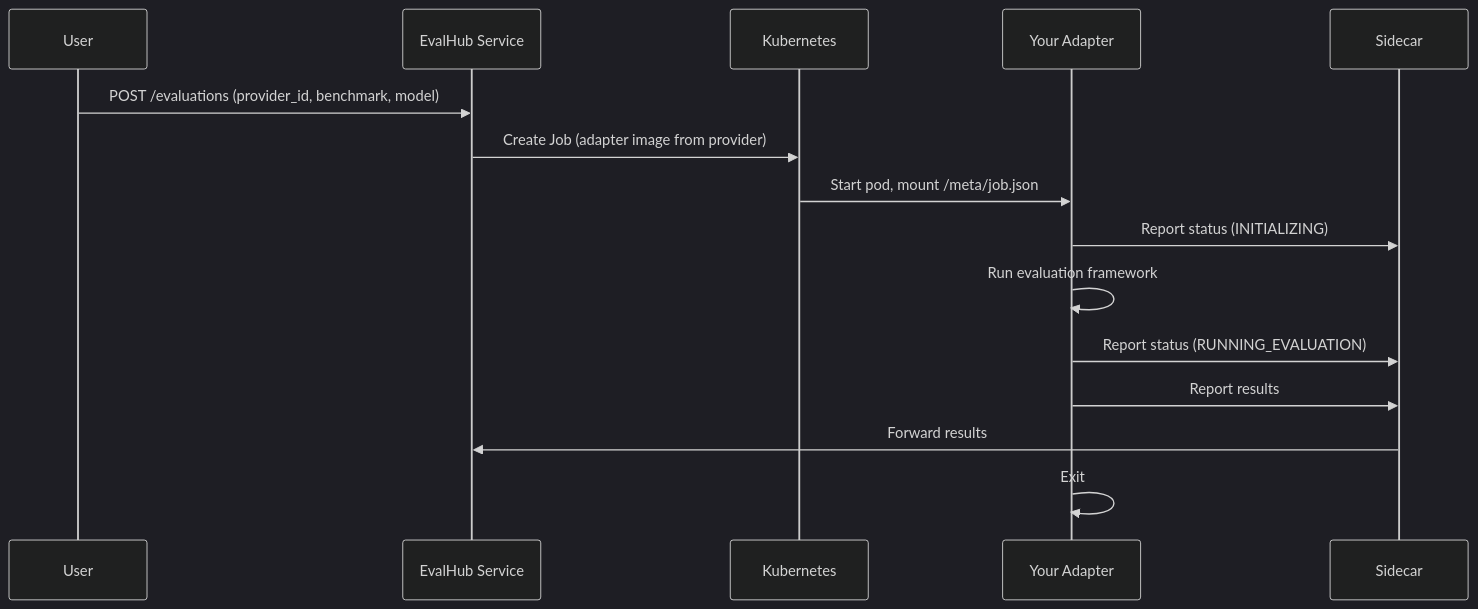
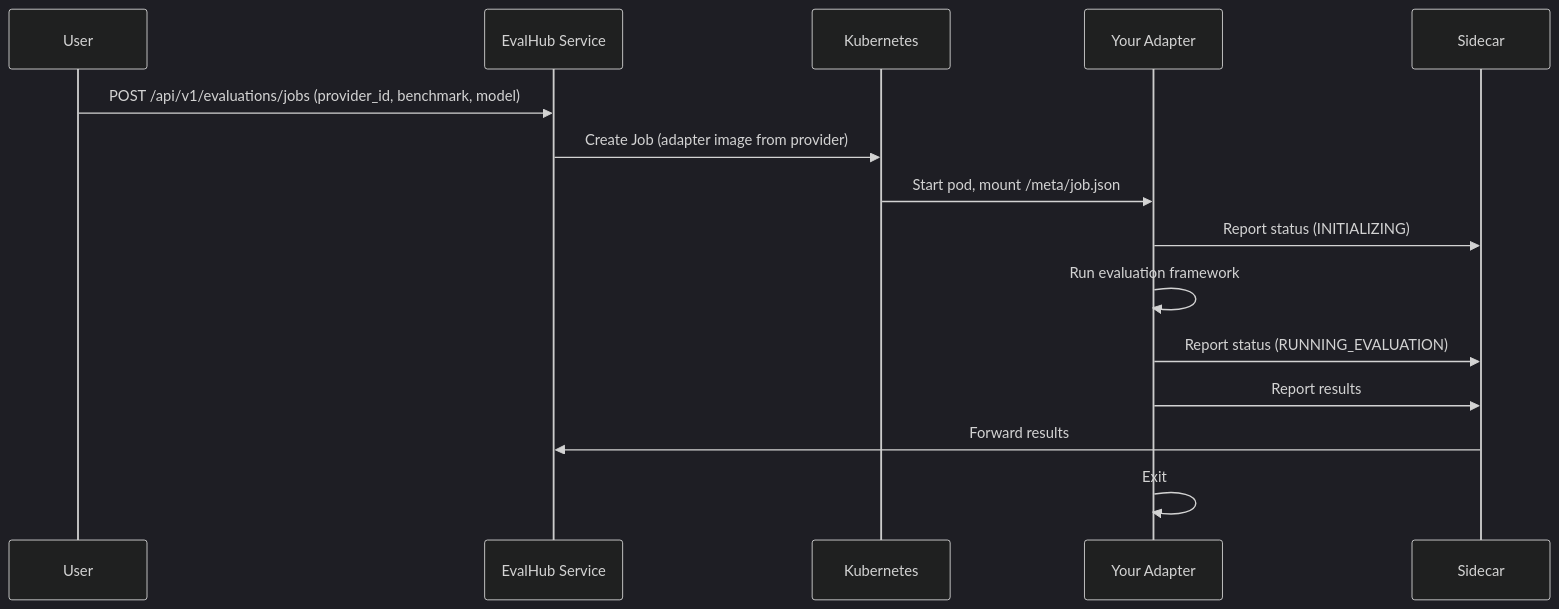
One commit to eval-hub/eval-hub.github.io changed the second of 2 diagrams in src/content/docs/guides/bring-your-own-provider.mdx. Above: the diagram before and after it, drawn with Mermaid (dark theme). The commit also changed other lines of this file, not shown here.

````diff
--- a/src/content/docs/guides/bring-your-own-provider.mdx
+++ b/src/content/docs/guides/bring-your-own-provider.mdx
@@ -42,18 +43,18 @@
 ```mermaid
 sequenceDiagram
     participant User
     participant EvalHub as EvalHub Service
     participant K8s as Kubernetes
     participant Adapter as Your Adapter
     participant Sidecar as Sidecar
 
-    User->>EvalHub: POST /evaluations (provider_id, benchmark, model)
+    User->>EvalHub: POST /api/v1/evaluations/jobs (provider_id, benchmark, model)
     EvalHub->>K8s: Create Job (adapter image from provider)
     K8s->>Adapter: Start pod, mount /meta/job.json
     Adapter->>Sidecar: Report status (INITIALIZING)
     Adapter->>Adapter: Run evaluation framework
     Adapter->>Sidecar: Report status (RUNNING_EVALUATION)
     Adapter->>Sidecar: Report results
     Sidecar->>EvalHub: Forward results
     Adapter->>Adapter: Exit
 ```
````
